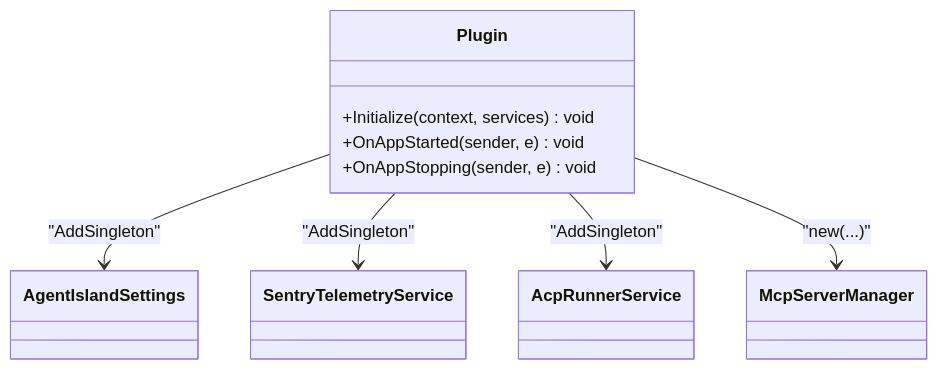
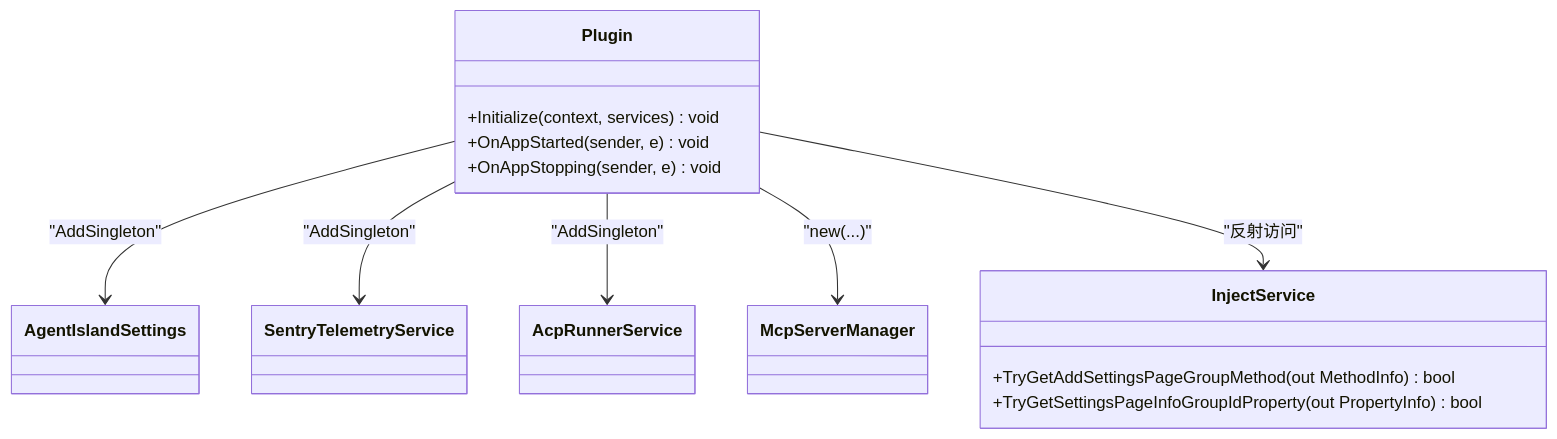
The third of 5 diagrams in .qoder/repowiki/zh/content/架构设计/依赖注入容器.md (ShihaoShenDev/AgentIsland), drawn with Mermaid before and after one commit. The commit also changed other lines of this file and 31 other files, not shown here.

````diff
--- a/.qoder/repowiki/zh/content/架构设计/依赖注入容器.md
+++ b/.qoder/repowiki/zh/content/架构设计/依赖注入容器.md
@@ -120,16 +153,21 @@
 ```mermaid
 classDiagram
 class Plugin {
 +Initialize(context, services) void
 +OnAppStarted(sender, e) void
 +OnAppStopping(sender, e) void
+}
+class InjectService {
++TryGetAddSettingsPageGroupMethod(out MethodInfo) bool
++TryGetSettingsPageInfoGroupIdProperty(out PropertyInfo) bool
 }
 class AgentIslandSettings
 class SentryTelemetryService
 class AcpRunnerService
 class McpServerManager
 Plugin --> AgentIslandSettings : "AddSingleton"
 Plugin --> SentryTelemetryService : "AddSingleton"
 Plugin --> AcpRunnerService : "AddSingleton"
 Plugin --> McpServerManager : "new(...)"
+Plugin --> InjectService : "反射访问"
 ```
````
